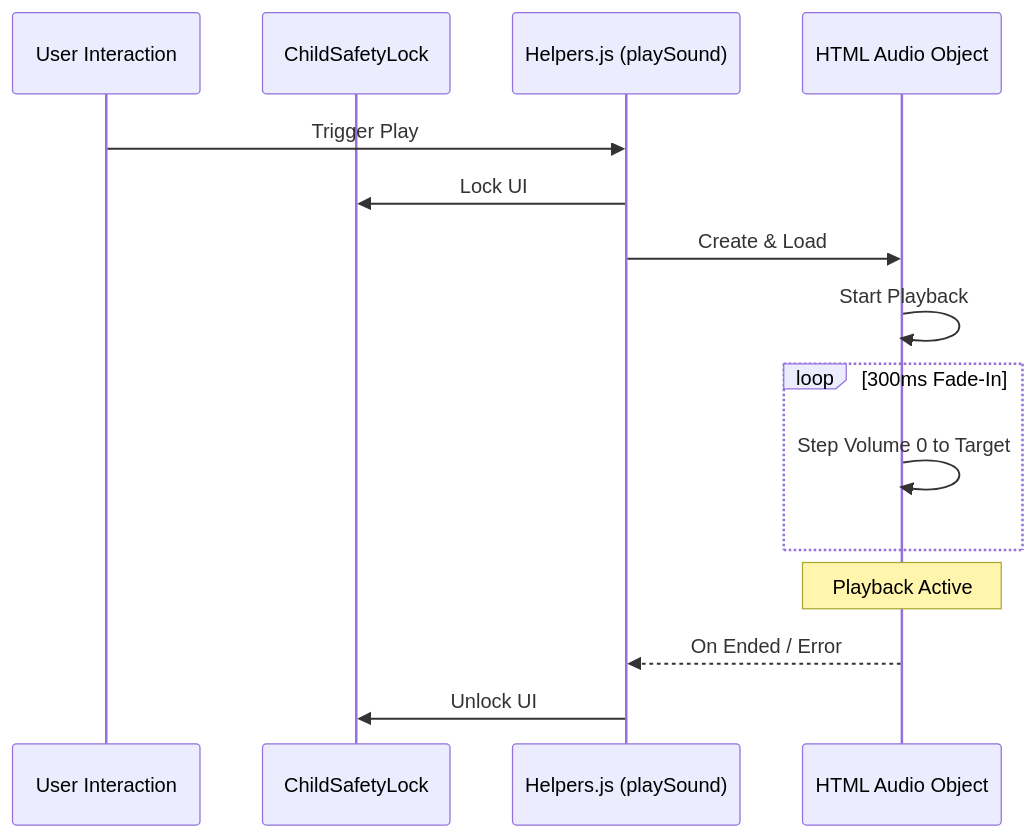
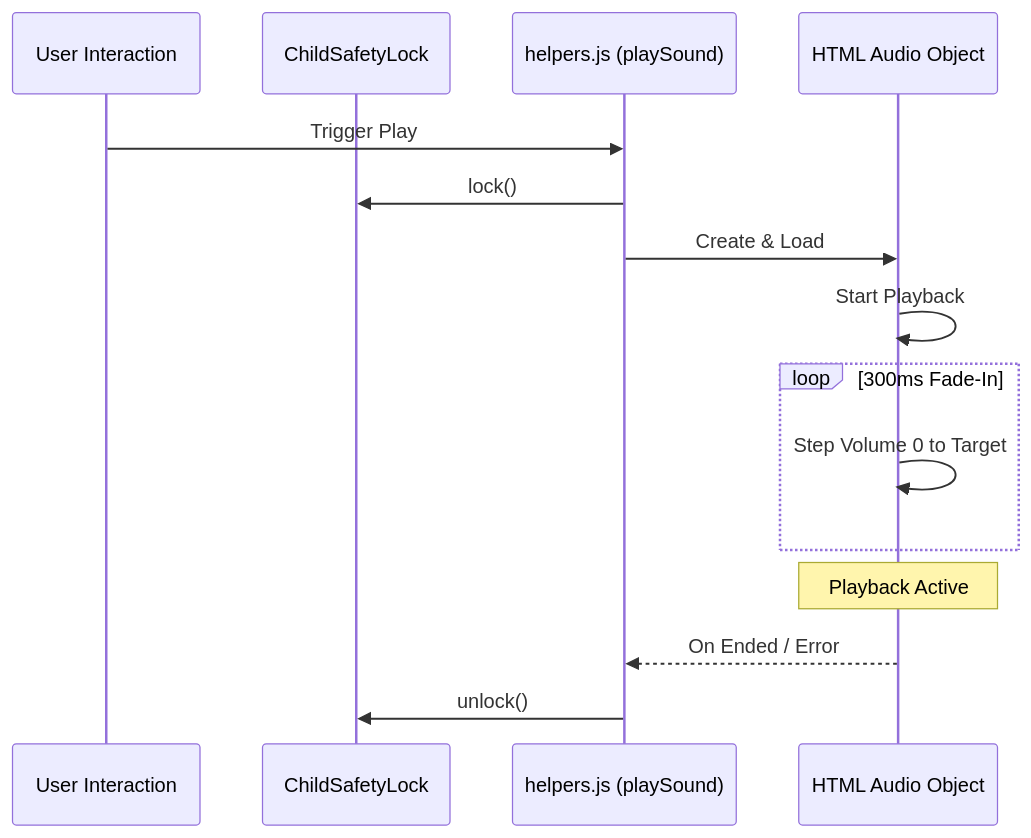
The diagram in memory/01 Current State/01.07_AUDIO_PLAYBACK_STANDARDS.md (atulravi2024/Rajshree_Learning_Project), drawn with Mermaid before and after one commit. The commit also changed other lines of this file and 42 other files, not shown here.

````diff
--- a/memory/01 Current State/01.07_AUDIO_PLAYBACK_STANDARDS.md
+++ b/memory/01 Current State/01.07_AUDIO_PLAYBACK_STANDARDS.md
@@ -12,18 +12,18 @@
 ```mermaid
 sequenceDiagram
     participant UI as User Interaction
     participant CS as ChildSafetyLock
-    participant HL as Helpers.js (playSound)
+    participant HL as helpers.js (playSound)
     participant AU as HTML Audio Object
     
     UI->>HL: Trigger Play
-    HL->>CS: Lock UI
+    HL->>CS: lock()
     HL->>AU: Create & Load
     AU->>AU: Start Playback
     loop 300ms Fade-In
         AU->>AU: Step Volume 0 to Target
     end
     Note over AU: Playback Active
     AU-->>HL: On Ended / Error
-    HL->>CS: Unlock UI
+    HL->>CS: unlock()
 ```
````
